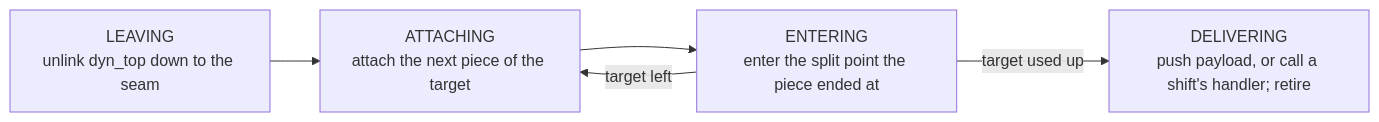
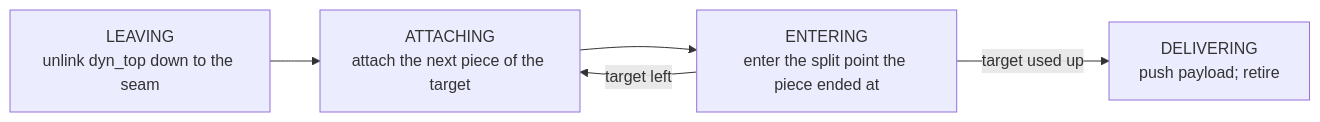
The tenth of 12 diagrams in design/EVALUATOR.md (koskari-lang/koskari), drawn with Mermaid before and after one commit. The commit also changed other lines of this file and 28 other files, not shown here.

````diff
--- a/design/EVALUATOR.md
+++ b/design/EVALUATOR.md
@@ -1066,10 +1067,10 @@
 ```mermaid
 flowchart LR
     LEAVING["LEAVING<br/>unlink dyn_top down to the seam"]
     ATTACHING["ATTACHING<br/>attach the next piece of the target"]
     ENTERING["ENTERING<br/>enter the split point the piece ended at"]
-    DELIVERING["DELIVERING<br/>push payload, or call a shift's handler; retire"]
+    DELIVERING["DELIVERING<br/>push payload; retire"]
     LEAVING --> ATTACHING --> ENTERING
     ENTERING -->|target left| ATTACHING
     ENTERING -->|target used up| DELIVERING
 ```
````
